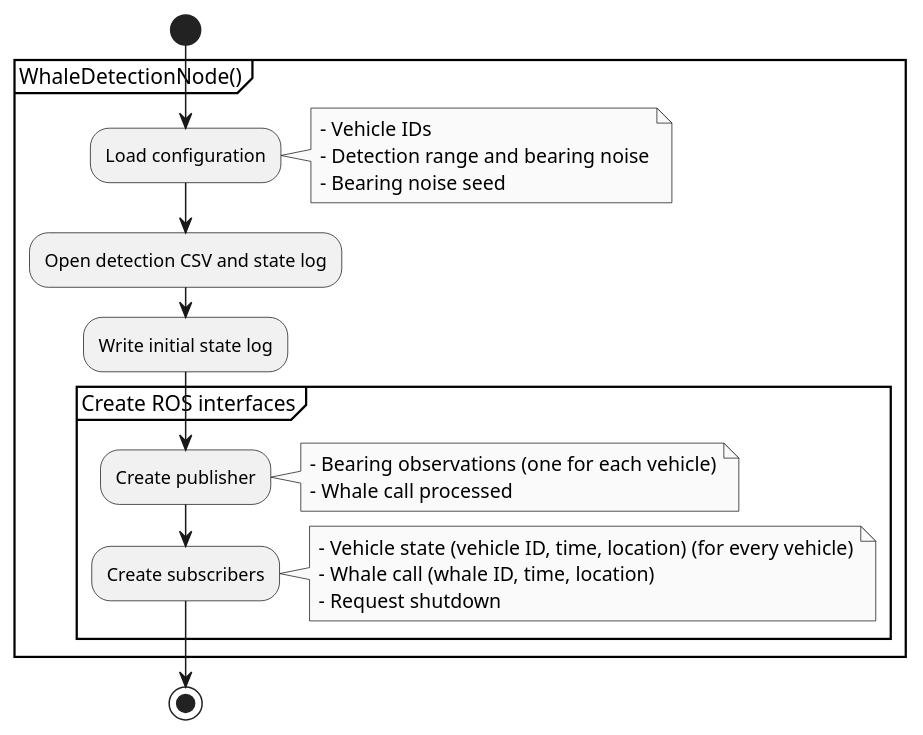
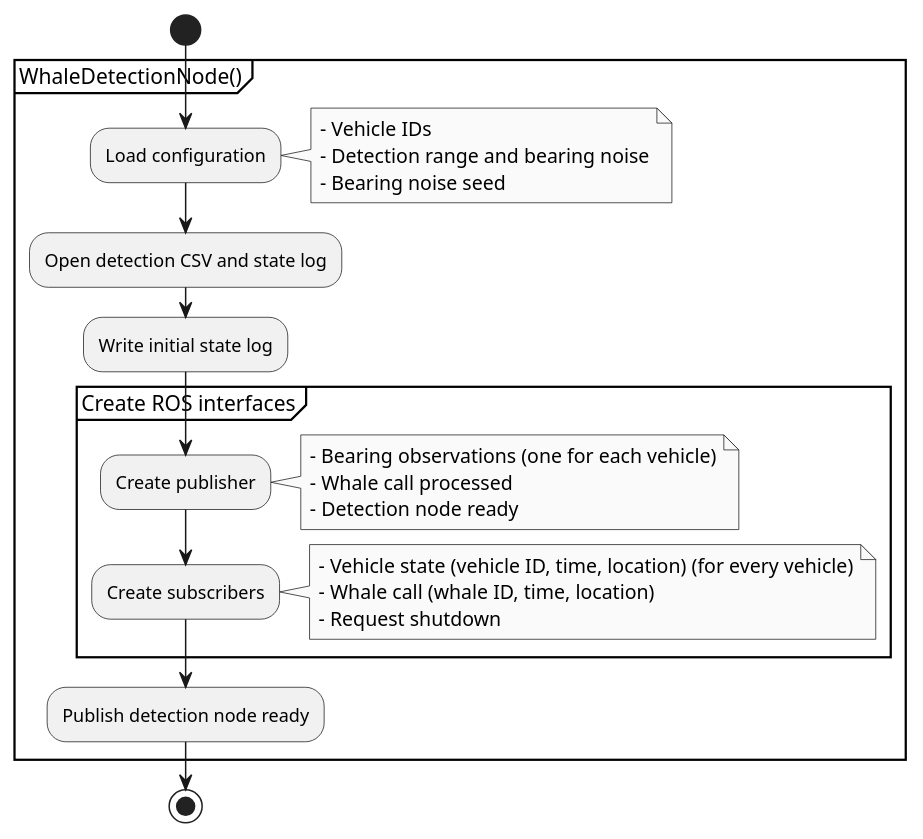
The diagram in components/manta_acoustics/docs/whale_detection_init.puml (Tebcherani/MANTA), drawn with PlantUML before and after one commit. The commit also changed 41 other files, not shown here.

```diff
--- a/components/manta_acoustics/docs/whale_detection_init.puml
+++ b/components/manta_acoustics/docs/whale_detection_init.puml
@@ -1,38 +1,41 @@
 @startuml
 
 skinparam monochrome true
 skinparam shadowing false
 skinparam svgLinkTarget _self
 
 start
 
 partition "WhaleDetectionNode()" {
     :Load configuration;
     note right
         - Vehicle IDs
         - Detection range and bearing noise
         - Bearing noise seed
     end note
 
     :Open detection CSV and state log;
     :Write initial state log;
 
     partition "Create ROS interfaces" {
         :Create publisher;
         note right
             - Bearing observations (one for each vehicle)
             - Whale call processed
+            - Detection node ready
         end note
 
         :Create subscribers;
         note right
             - Vehicle state (vehicle ID, time, location) (for every vehicle)
             - Whale call (whale ID, time, location)
             - Request shutdown
         end note
     }
+
+    :Publish detection node ready;
 }
 
 stop
 
 @enduml
```
